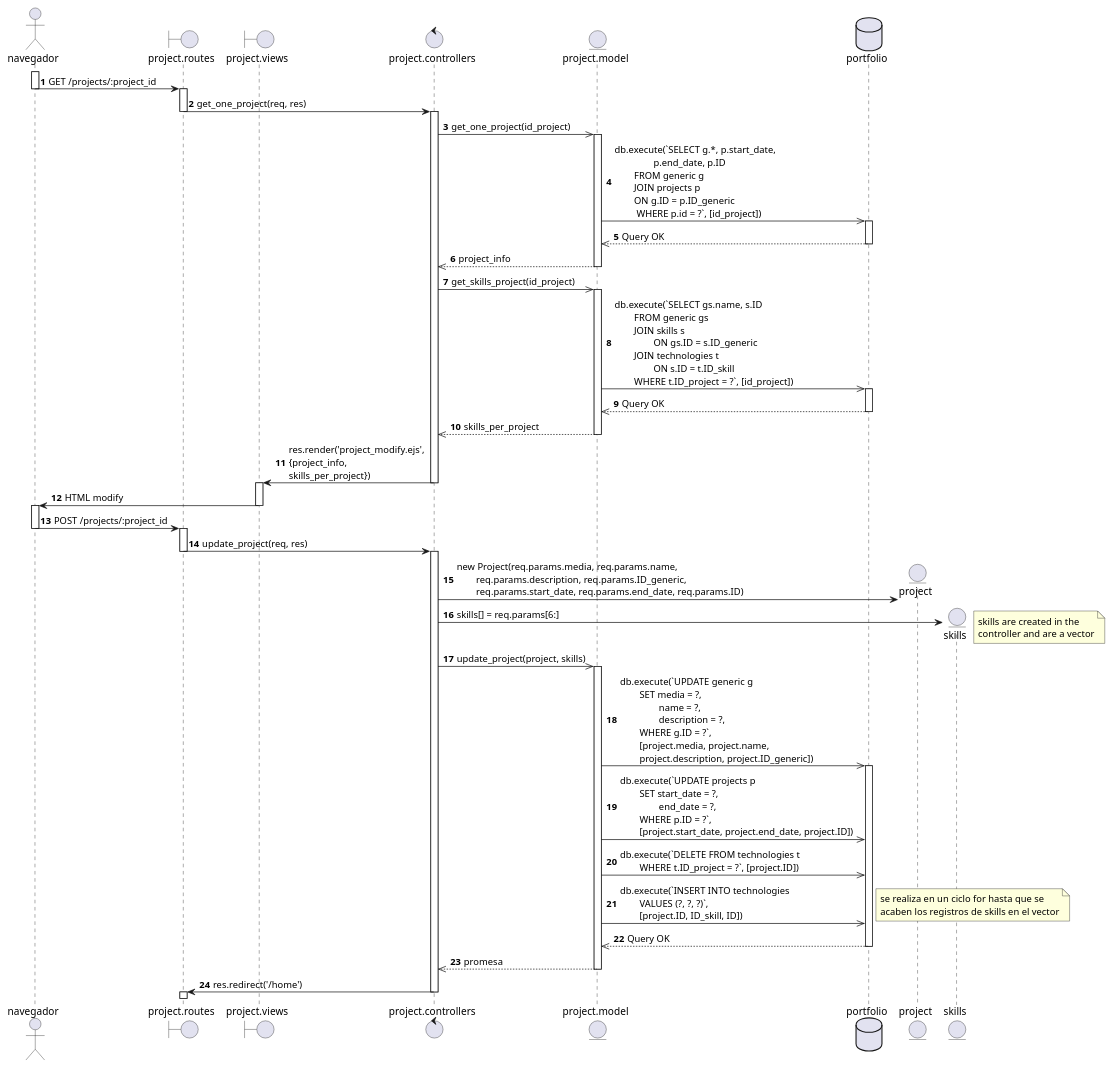
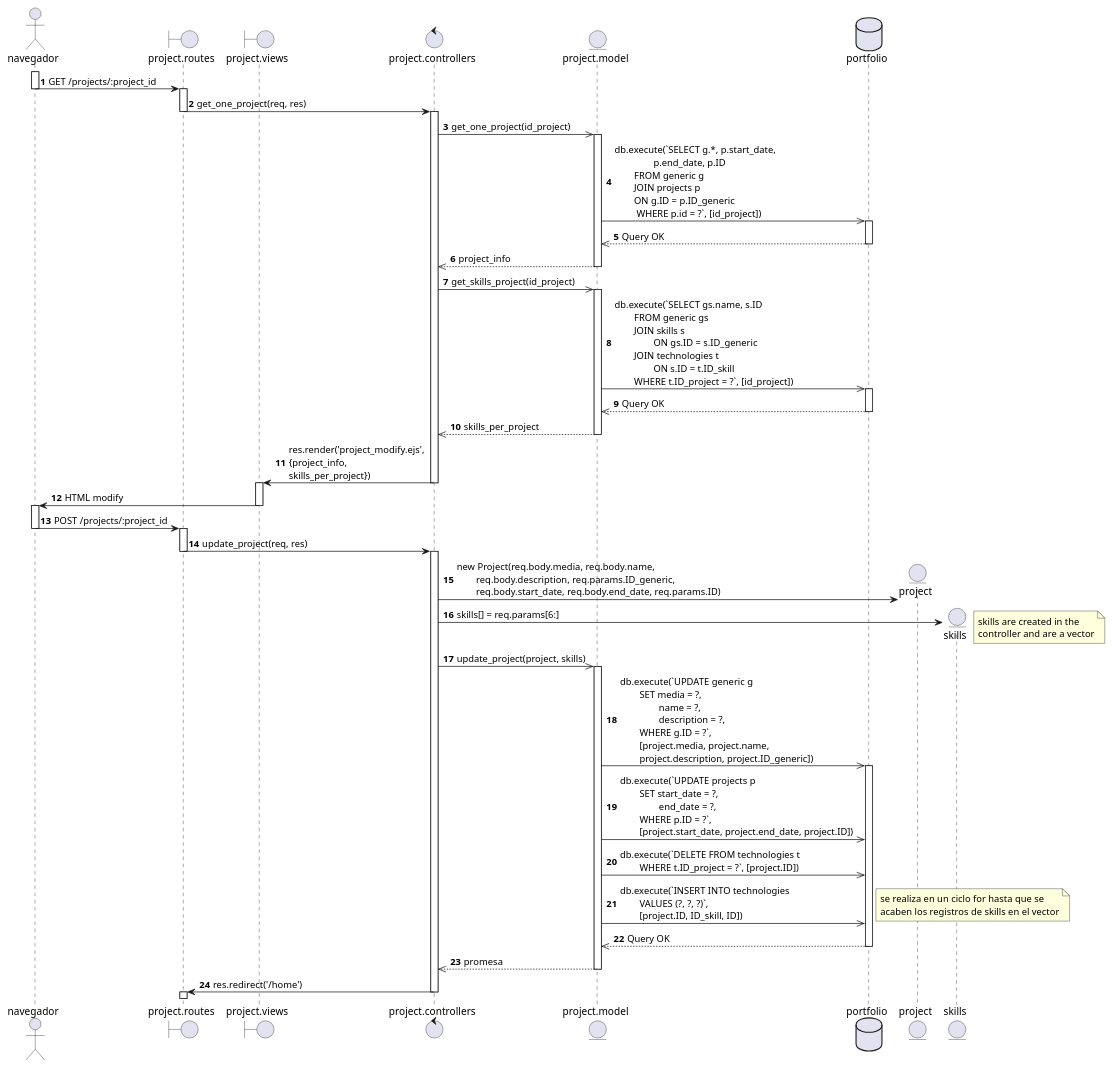
One commit to YaelChar417/portfolio changed the diagram in Diagramas/Secuencia/CU08_A_Modificar_proyecto.puml. Above: the diagram before and after it, drawn with PlantUML. The commit also changed 1 other file, not shown here.

Commit message:
Update: diagrama de secuencia cu08 modificado para dar mas claridad donde vienen los valores al crear un objeto de projects

```diff
--- a/Diagramas/Secuencia/CU08_A_Modificar_proyecto.puml
+++ b/Diagramas/Secuencia/CU08_A_Modificar_proyecto.puml
@@ -1,85 +1,85 @@
 @startuml
 
 actor navegador as nav
 boundary "project.routes" as routes
 boundary "project.views" as view
 control "project.controllers" as controller
 entity "project.model" as model
 database portfolio as db   
 autonumber
 
 activate nav
 nav -> routes: GET /projects/:project_id
 deactivate nav
 
 activate routes
 routes -> controller: get_one_project(req, res)
 deactivate routes
 
 activate controller
 controller ->> model: get_one_project(id_project)
 
 activate model
 model ->> db: db.execute(`SELECT g.*, p.start_date, \n\t\tp.end_date, p.ID \n\tFROM generic g \n\tJOIN projects p \n\tON g.ID = p.ID_generic \n\t WHERE p.id = ?`, [id_project])
 
 activate db
 db -->> model: Query OK
 deactivate db
 
 model -->> controller: project_info
 deactivate model
 
 controller ->> model: get_skills_project(id_project)
 activate model
 model ->> db: db.execute(`SELECT gs.name, s.ID \n\tFROM generic gs \n\tJOIN skills s \n\t\tON gs.ID = s.ID_generic \n\tJOIN technologies t \n\t\tON s.ID = t.ID_skill \n\tWHERE t.ID_project = ?`, [id_project])
 
 activate db
 db -->> model: Query OK
 deactivate db
 
 model -->> controller: skills_per_project
 deactivate model
 
 controller -> view: res.render('project_modify.ejs',  \n{project_info, \nskills_per_project})
 deactivate controller
 
 activate view
 view -> nav: HTML modify
 deactivate view
 
 activate nav
 nav -> routes: POST /projects/:project_id
 deactivate nav
 
 activate routes 
 routes -> controller: update_project(req, res)
 deactivate routes
 
 activate controller 
 create entity project
-controller -> project: new Project(req.params.media, req.params.name, \n\treq.params.description, req.params.ID_generic, \n\treq.params.start_date, req.params.end_date, req.params.ID)
+controller -> project: new Project(req.body.media, req.body.name, \n\treq.body.description, req.params.ID_generic, \n\treq.body.start_date, req.body.end_date, req.params.ID)
 
 create entity skills
 controller -> skills: skills[] = req.params[6:]
 note right: skills are created in the \ncontroller and are a vector
 
 controller ->> model: update_project(project, skills)
 
 activate model
 model ->> db: db.execute(`UPDATE generic g \n\tSET media = ?, \n\t\tname = ?, \n\t\tdescription = ?, \n\tWHERE g.ID = ?`, \n\t[project.media, project.name, \n\tproject.description, project.ID_generic])
 activate db
 model ->> db: db.execute(`UPDATE projects p \n\tSET start_date = ?, \n\t\tend_date = ?, \n\tWHERE p.ID = ?`, \n\t[project.start_date, project.end_date, project.ID])
 model ->> db: db.execute(`DELETE FROM technologies t \n\tWHERE t.ID_project = ?`, [project.ID])
 model ->> db: db.execute(`INSERT INTO technologies \n\tVALUES (?, ?, ?)`, \n\t[project.ID, ID_skill, ID])
 note right: se realiza en un ciclo for hasta que se \nacaben los registros de skills en el vector
 
 db -->> model: Query OK
 deactivate db
 
 model -->> controller: promesa
 deactivate model
 controller -> routes: res.redirect('/home')
 deactivate controller
 activate routes
 
 @enduml
```
